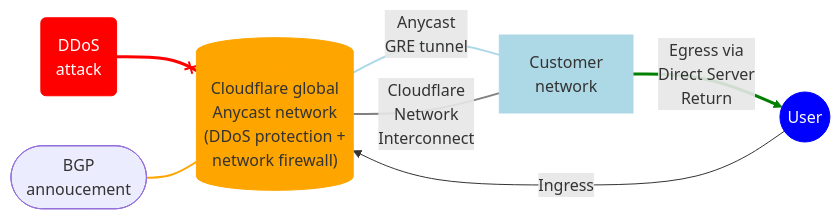
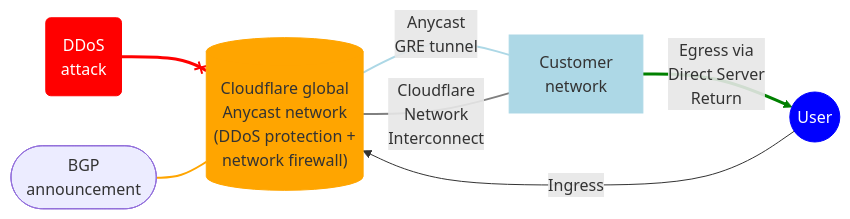
Before and after one commit to cloudflare/cloudflare-docs: the diagram in content/magic-transit/about.md, drawn with Mermaid.

Commit message:
corrected announcement

````diff
--- a/content/magic-transit/about.md
+++ b/content/magic-transit/about.md
@@ -21,28 +21,28 @@
 ```mermaid
 flowchart LR
 accTitle: Magic Transit
 accDescr: Diagram showing how Magic Transit protects traffic on the customer's network.
 
 A(DDoS <br> attack)
 B[("Cloudflare global <br> Anycast network <br> (DDoS protection + <br> network firewall)")]
 C[Customer <br> network]
 D((User))
-E([BGP <br> annoucement])
+E([BGP <br> announcement])
 
 A --x B
 E --- B
 B-- Anycast <br> GRE tunnel ---C
 B-- Cloudflare <br> Network <br> Interconnect ---C
 C-- Egress via <br> Direct Server <br> Return --> D
 D -- Ingress --> B
 
 style A stroke: red,fill: red,color: white
 style B stroke: orange,fill: orange
 style C stroke: #ADD8E6,fill: #ADD8E6
 style D stroke: blue,fill: blue,color: white
 linkStyle 0 stroke-width:3px,stroke:red
 linkStyle 1 stroke-width:2px,stroke:orange
 linkStyle 2 stroke-width:2px,stroke:#ADD8E6
 linkStyle 3 stroke-width:2px,stroke:gray
 linkStyle 4 stroke-width:3px,stroke:green
 ```
````
